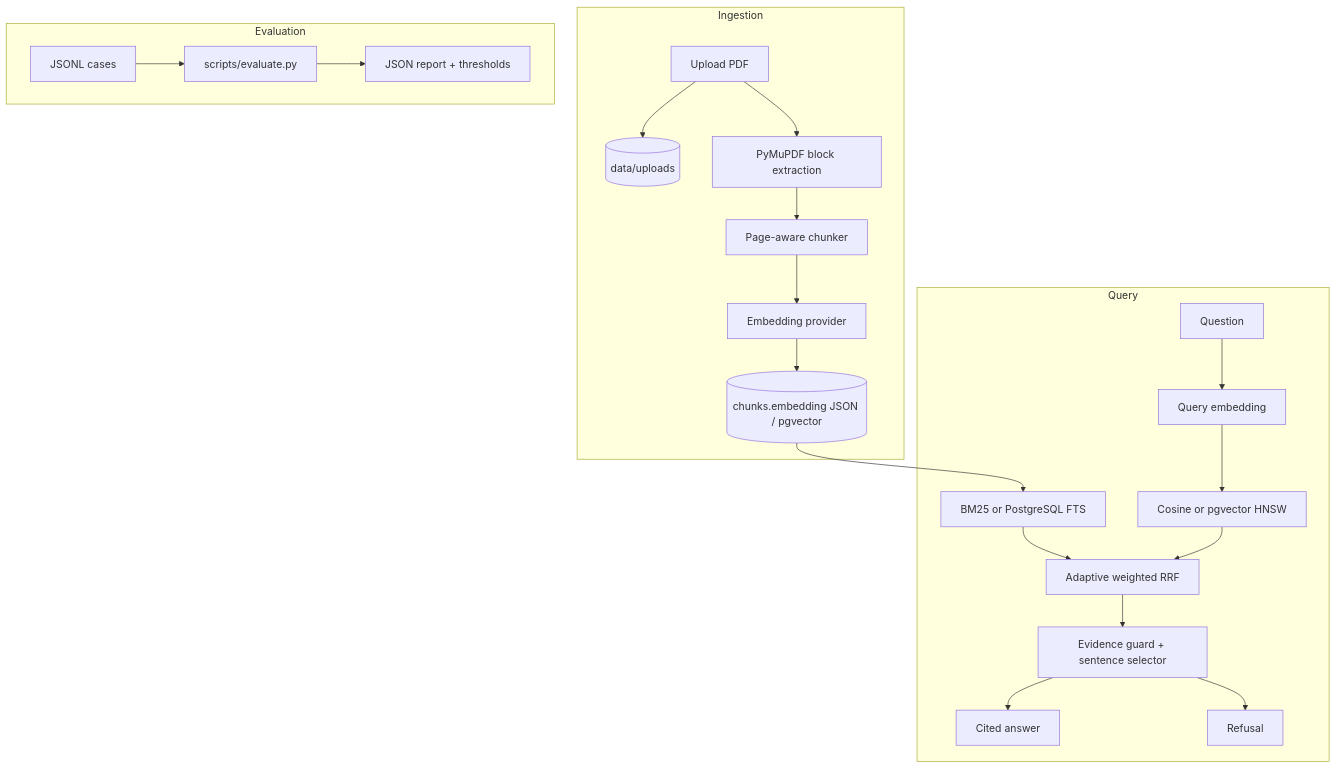
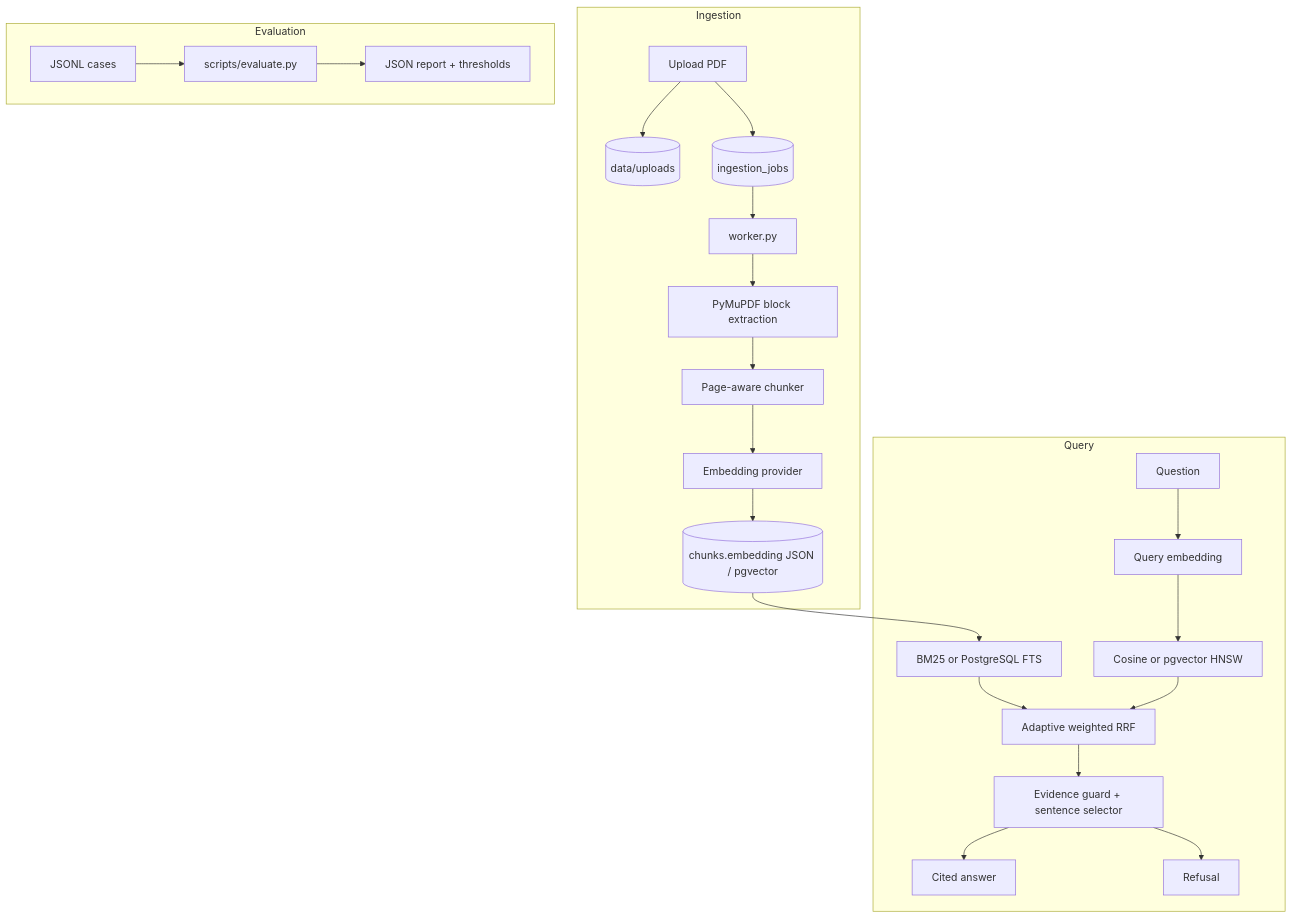
Before and after one commit to FerRobles616/manualiq: the diagram in docs/architecture.md, drawn with Mermaid. The commit also changed other lines of this file and 16 other files, not shown here.

Commit message:
feat: add durable ingestion worker

````diff
--- a/docs/architecture.md
+++ b/docs/architecture.md
@@ -18,26 +18,28 @@
 ```mermaid
 flowchart TB
     subgraph Ingestion
         Upload[Upload PDF] --> StoreFile[(data/uploads)]
-        Upload --> Extract[PyMuPDF block extraction]
+        Upload --> Jobs[(ingestion_jobs)]
+        Jobs --> Worker[worker.py]
+        Worker --> Extract[PyMuPDF block extraction]
         Extract --> Chunker[Page-aware chunker]
         Chunker --> Embedder[Embedding provider]
         Embedder --> ChunkRows[(chunks.embedding JSON / pgvector)]
     end
 
     subgraph Query
         Question[Question] --> QueryVector[Query embedding]
         ChunkRows --> BM25[BM25 or PostgreSQL FTS]
         QueryVector --> Cosine[Cosine or pgvector HNSW]
         BM25 --> Fusion[Adaptive weighted RRF]
         Cosine --> Fusion
         Fusion --> Answerer[Evidence guard + sentence selector]
         Answerer --> Cited[Cited answer]
         Answerer --> Refused[Refusal]
     end
 
     subgraph Evaluation
         Dataset[JSONL cases] --> Runner[scripts/evaluate.py]
         Runner --> Report[JSON report + thresholds]
     end
 ```
````
